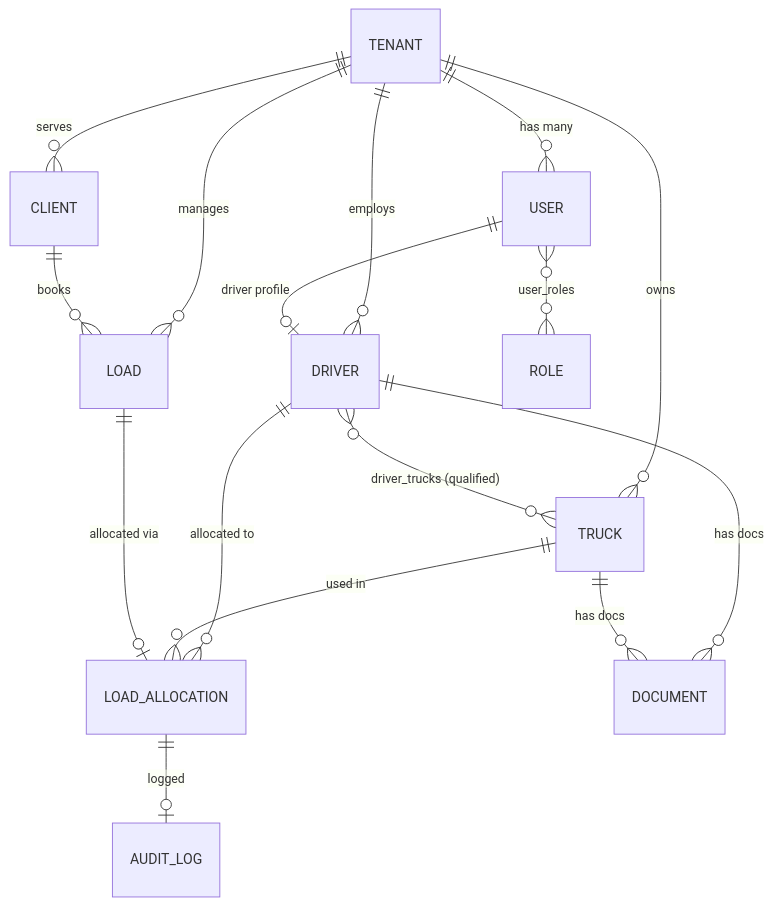
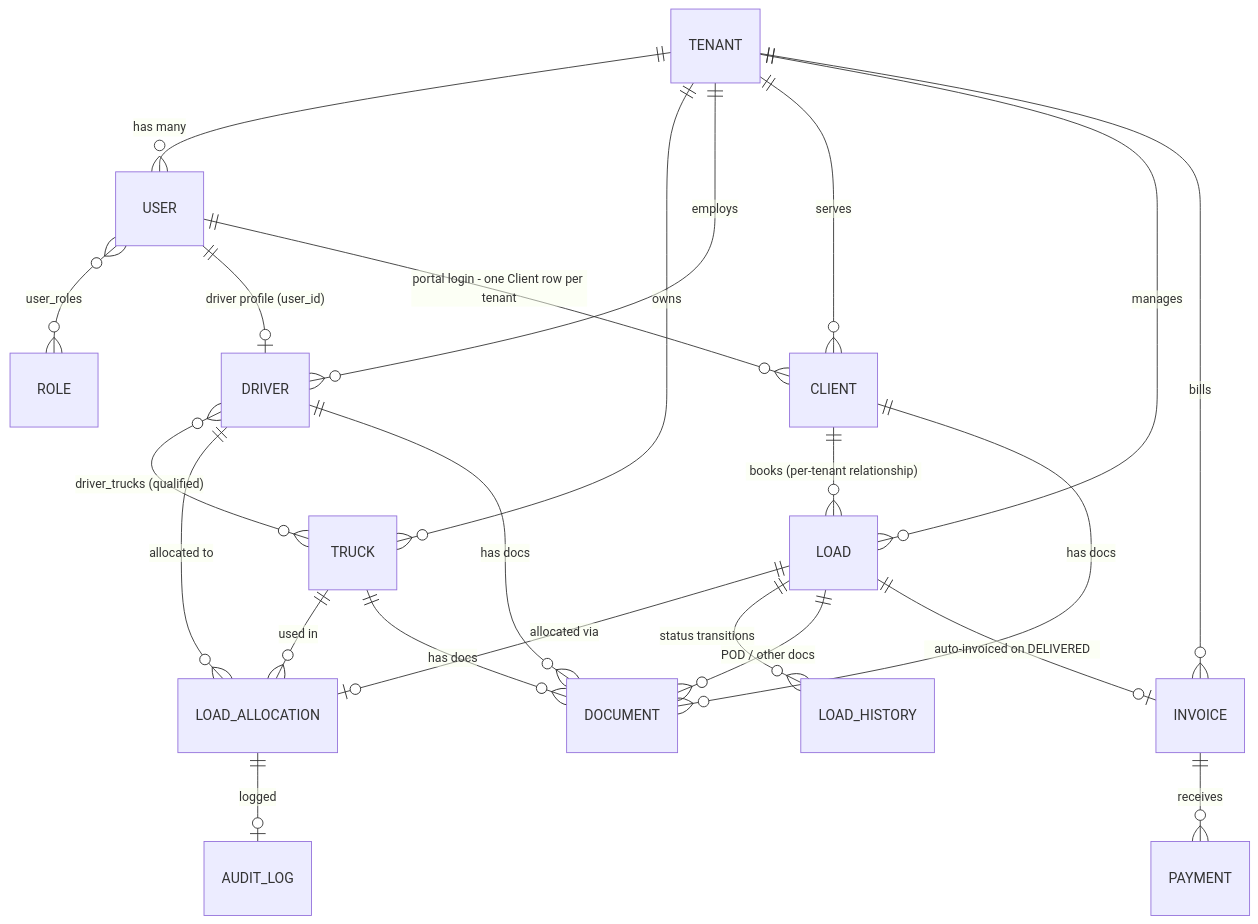
The second of 4 diagrams in KNOWLEDGE_GRAPH.md (vij1ay/truck-management), drawn with Mermaid before and after one commit. The commit also changed other lines of this file and 364 other files, not shown here.

````diff
--- a/KNOWLEDGE_GRAPH.md
+++ b/KNOWLEDGE_GRAPH.md
@@ -93,24 +147,32 @@
 ```mermaid
 erDiagram
     TENANT ||--o{ USER : "has many"
     TENANT ||--o{ TRUCK : "owns"
     TENANT ||--o{ DRIVER : "employs"
     TENANT ||--o{ CLIENT : "serves"
     TENANT ||--o{ LOAD : "manages"
+    TENANT ||--o{ INVOICE : "bills"
 
     USER }o--o{ ROLE : "user_roles"
-    USER ||--o| DRIVER : "driver profile"
+    USER ||--o| DRIVER : "driver profile (user_id)"
+    USER ||--o{ CLIENT : "portal login - one Client row per tenant"
 
     DRIVER }o--o{ TRUCK : "driver_trucks (qualified)"
     DRIVER ||--o{ LOAD_ALLOCATION : "allocated to"
 
     TRUCK ||--o{ LOAD_ALLOCATION : "used in"
 
-    CLIENT ||--o{ LOAD : "books"
+    CLIENT ||--o{ LOAD : "books (per-tenant relationship)"
     LOAD ||--o| LOAD_ALLOCATION : "allocated via"
+    LOAD ||--o{ LOAD_HISTORY : "status transitions"
+    LOAD ||--o{ DOCUMENT : "POD / other docs"
+    LOAD ||--o| INVOICE : "auto-invoiced on DELIVERED"
+
+    INVOICE ||--o{ PAYMENT : "receives"
 
     DRIVER ||--o{ DOCUMENT : "has docs"
     TRUCK  ||--o{ DOCUMENT : "has docs"
+    CLIENT ||--o{ DOCUMENT : "has docs"
 
     LOAD_ALLOCATION ||--o| AUDIT_LOG : "logged"
 ```
````
